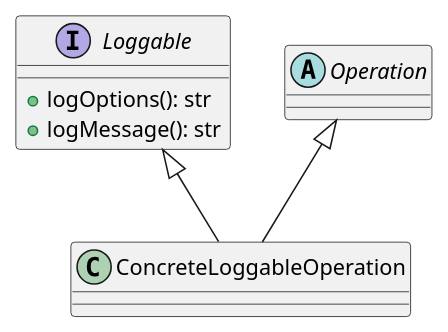
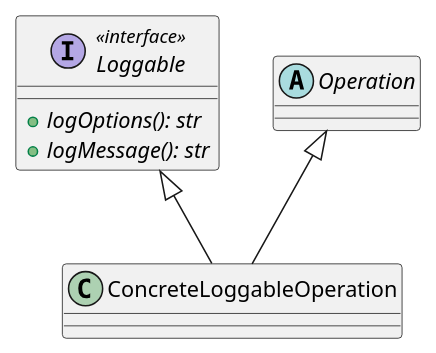
The second of 3 diagrams in uml/operation.puml (alezanga/dataMole), drawn with PlantUML before and after one commit. The commit also changed 5 other files, not shown here.

```diff
--- a/uml/operation.puml
+++ b/uml/operation.puml
@@ -49,13 +49,13 @@
 @startuml logging
 
-interface Loggable {
-  + logOptions(): str
-  + logMessage(): str
+interface Loggable <<interface>> {
+  + {abstract} logOptions(): str
+  + {abstract} logMessage(): str
 }
 
 abstract class Operation
 
 Operation <|-- ConcreteLoggableOperation
 Loggable <|-- ConcreteLoggableOperation
 
 @enduml
```
